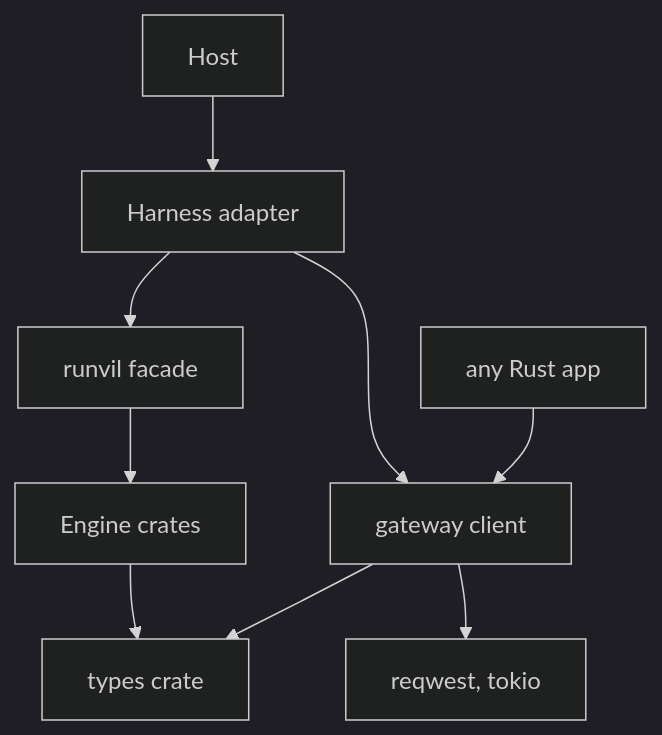
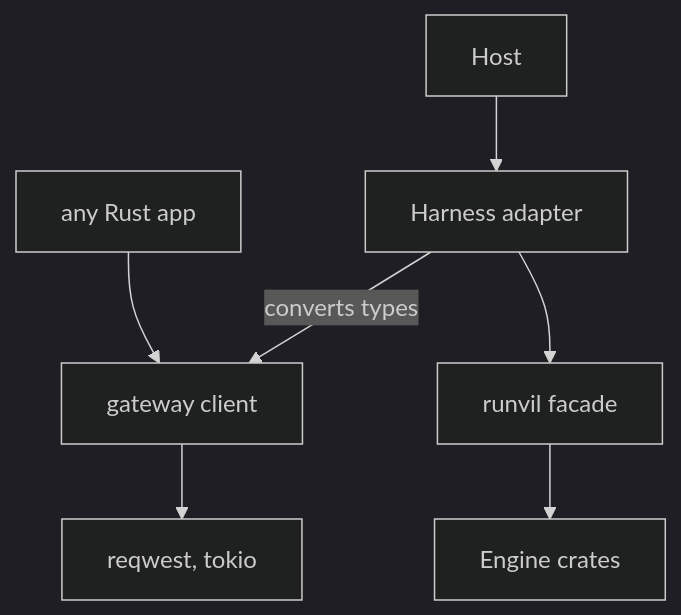
Before and after one commit to cppalliance/runvil-design: the third of 3 diagrams in research/2026-11-23-gateway-client-new-repository.md, drawn with Mermaid (dark theme). The commit also changed other lines of this file, not shown here.

First line of the commit message:
Update the gateway-client report for what shipped

````diff
--- a/research/2026-11-23-gateway-client-new-repository.md
+++ b/research/2026-11-23-gateway-client-new-repository.md
@@ -193,11 +201,9 @@
 ```mermaid
 flowchart TB
   App["any Rust app"] --> Client["gateway client"]
   Host["Host"] --> Adapter["Harness adapter"]
-  Adapter --> Client
+  Adapter -->|"converts types"| Client
   Adapter --> Runvil["runvil facade"]
-  Client --> Types["types crate"]
   Client --> Net["reqwest, tokio"]
   Runvil --> Engine["Engine crates"]
-  Engine --> Types
 ```
````
